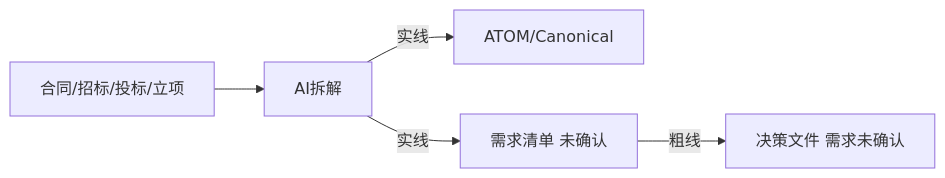
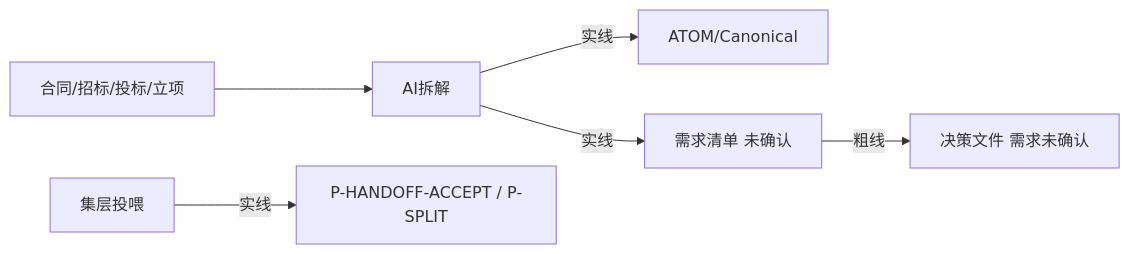
One commit to qiusuo0226/chrono-pm-skill changed the second of 23 diagrams in ChronoPM-Project/SKILL_MODULE_MAP.md. Above: the diagram before and after it, drawn with Mermaid. The commit also changed other lines of this file and 12 other files, not shown here.

````diff
--- a/ChronoPM-Project/SKILL_MODULE_MAP.md
+++ b/ChronoPM-Project/SKILL_MODULE_MAP.md
@@ -20,7 +20,8 @@
 ```mermaid
 flowchart LR
   DOC[合同/招标/投标/立项] --> AI[AI拆解]
   AI -->|实线| ATOM[ATOM/Canonical]
   AI -->|实线| REQ[需求清单 未确认]
   REQ -->|粗线| B1[决策文件 需求未确认]
+  PF[集层投喂] -->|实线| HO[P-HANDOFF-ACCEPT / P-SPLIT]
 ```
````
